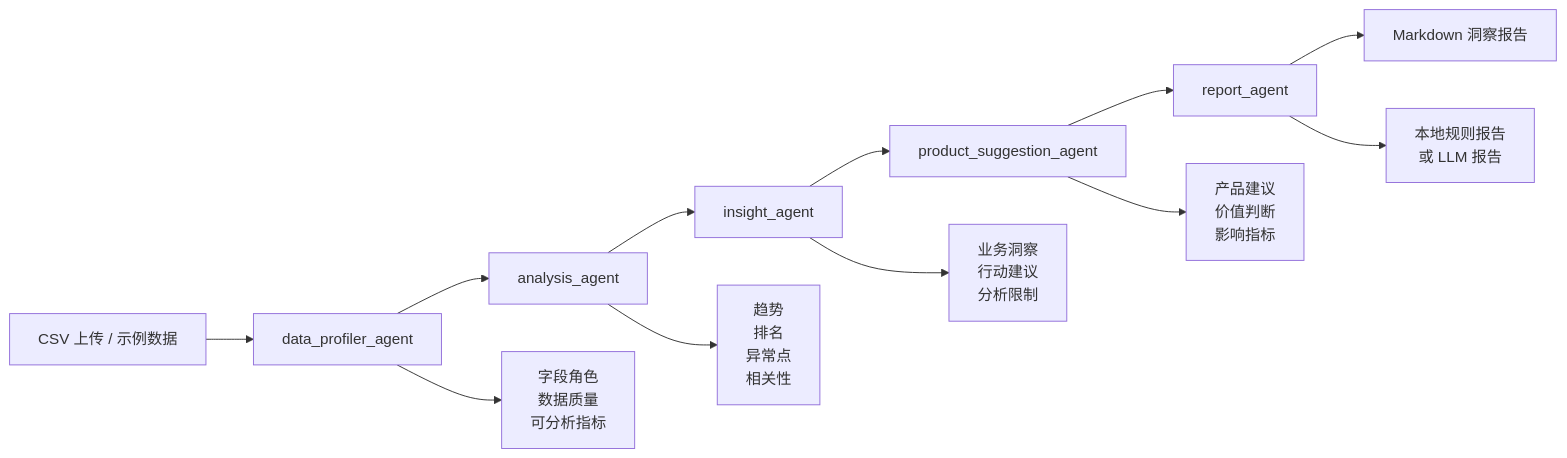
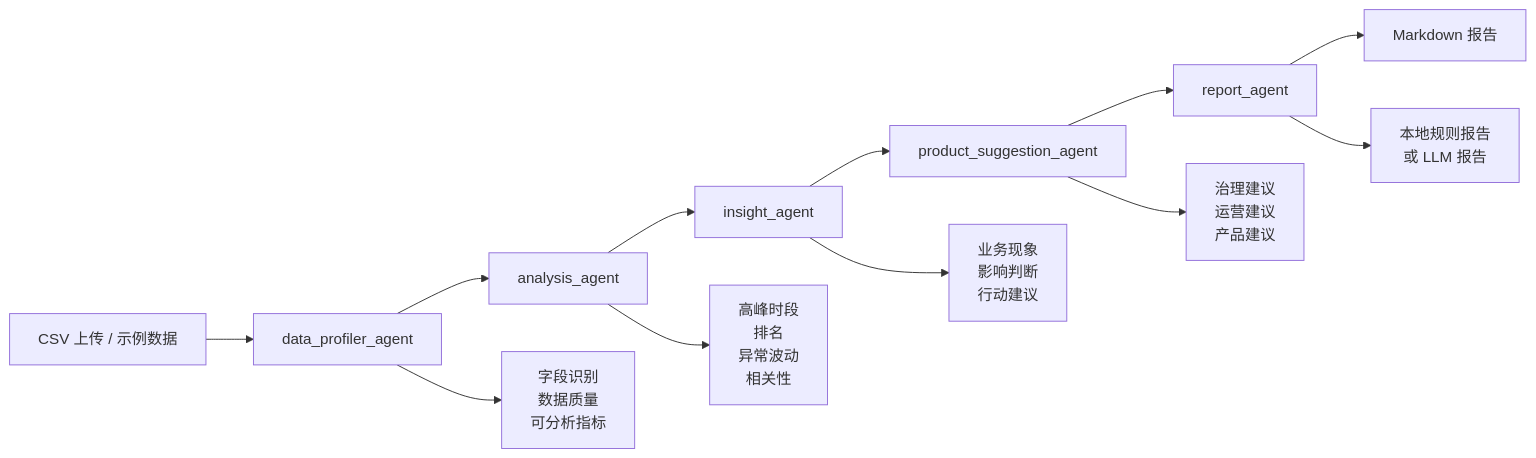
Before and after one commit to Hery123zxcs/mobility-insight-agent: the diagram in README.md, drawn with Mermaid. The commit also changed other lines of this file and 4 other files, not shown here.

````diff
--- a/README.md
+++ b/README.md
@@ -52,15 +48,15 @@
 ```mermaid
 flowchart LR
     A["CSV 上传 / 示例数据"] --> B["data_profiler_agent"]
     B --> C["analysis_agent"]
     C --> D["insight_agent"]
     D --> E["product_suggestion_agent"]
     E --> F["report_agent"]
-    F --> G["Markdown 洞察报告"]
+    F --> G["Markdown 报告"]
 
-    B --> B1["字段角色<br/>数据质量<br/>可分析指标"]
-    C --> C1["趋势<br/>排名<br/>异常点<br/>相关性"]
-    D --> D1["业务洞察<br/>行动建议<br/>分析限制"]
-    E --> E1["产品建议<br/>价值判断<br/>影响指标"]
+    B --> B1["字段识别<br/>数据质量<br/>可分析指标"]
+    C --> C1["高峰时段<br/>排名<br/>异常波动<br/>相关性"]
+    D --> D1["业务现象<br/>影响判断<br/>行动建议"]
+    E --> E1["治理建议<br/>运营建议<br/>产品建议"]
     F --> F1["本地规则报告<br/>或 LLM 报告"]
 ```
````
